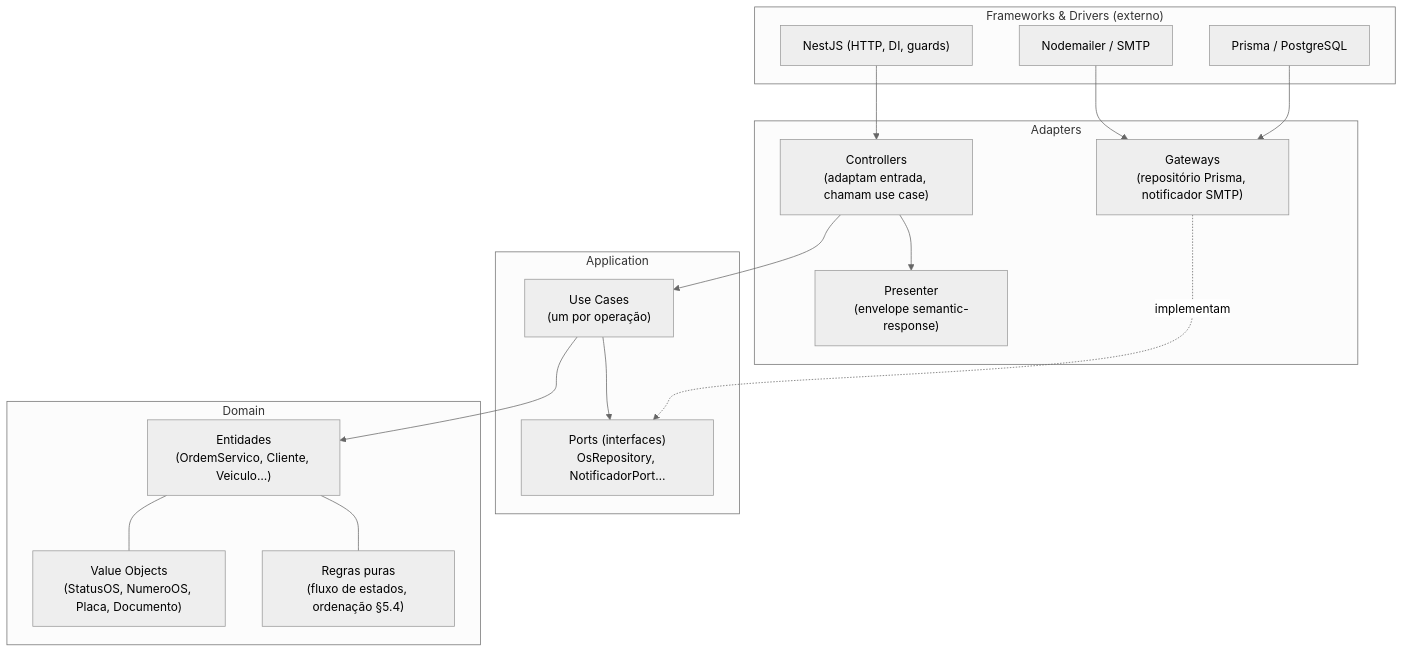
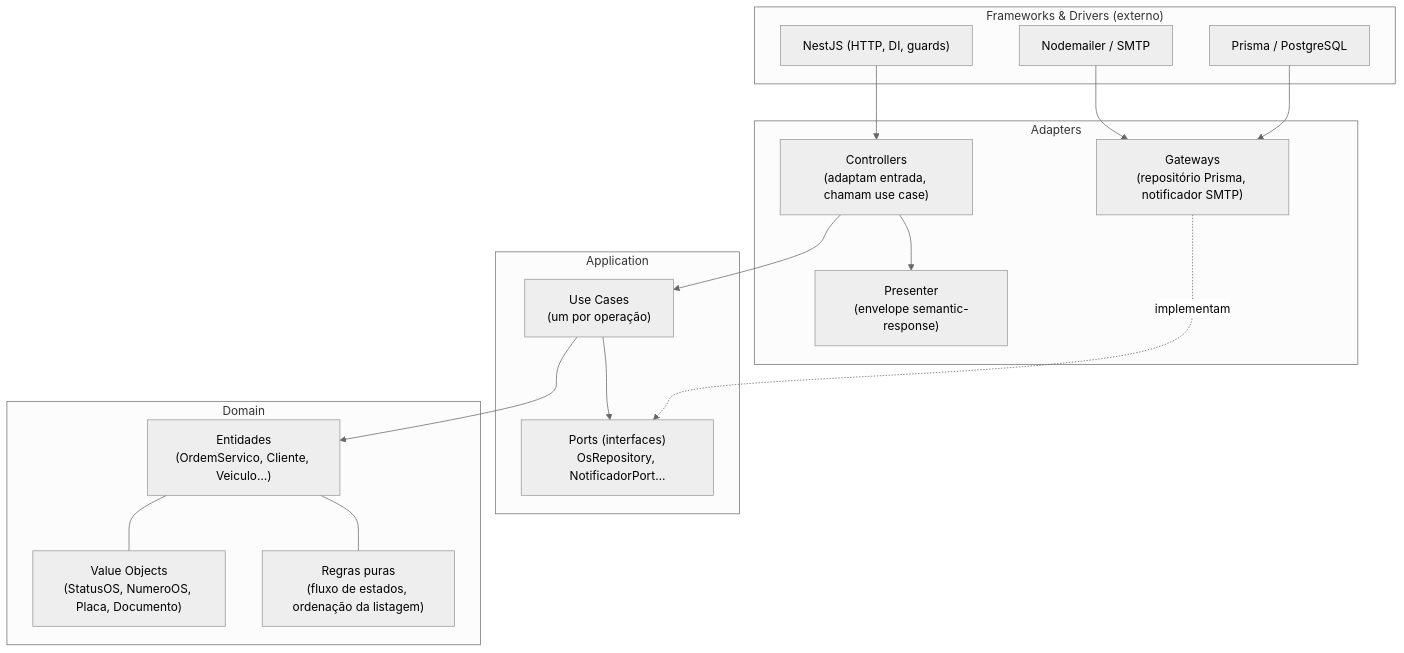
The first of 3 diagrams in README.md (FIAP-POS-TECH-SOFTWARE-ARCHITECTURE/tc-oficina-app), drawn with Mermaid (neutral theme) before and after one commit. The commit also changed other lines of this file, not shown here.

````diff
--- a/README.md
+++ b/README.md
@@ -24,33 +24,33 @@
 ```mermaid
 flowchart TD
     subgraph FD["Frameworks & Drivers (externo)"]
         NEST["NestJS (HTTP, DI, guards)"]
         PRISMA["Prisma / PostgreSQL"]
         SMTP["Nodemailer / SMTP"]
     end
     subgraph AD["Adapters"]
         CTRL["Controllers<br/>(adaptam entrada, chamam use case)"]
         PRES["Presenter<br/>(envelope semantic-response)"]
         GW["Gateways<br/>(repositório Prisma, notificador SMTP)"]
     end
     subgraph AP["Application"]
         UC["Use Cases<br/>(um por operação)"]
         PORTS["Ports (interfaces)<br/>OsRepository, NotificadorPort…"]
     end
     subgraph DM["Domain"]
         ENT["Entidades<br/>(OrdemServico, Cliente, Veiculo…)"]
         VO["Value Objects<br/>(StatusOS, NumeroOS, Placa, Documento)"]
-        REGRAS["Regras puras<br/>(fluxo de estados, ordenação §5.4)"]
+        REGRAS["Regras puras<br/>(fluxo de estados, ordenação da listagem)"]
     end
 
     NEST --> CTRL
     CTRL --> UC
     CTRL --> PRES
     GW -. implementam .-> PORTS
     PRISMA --> GW
     SMTP --> GW
     UC --> PORTS
     UC --> ENT
     ENT --- VO
     ENT --- REGRAS
 ```
````
